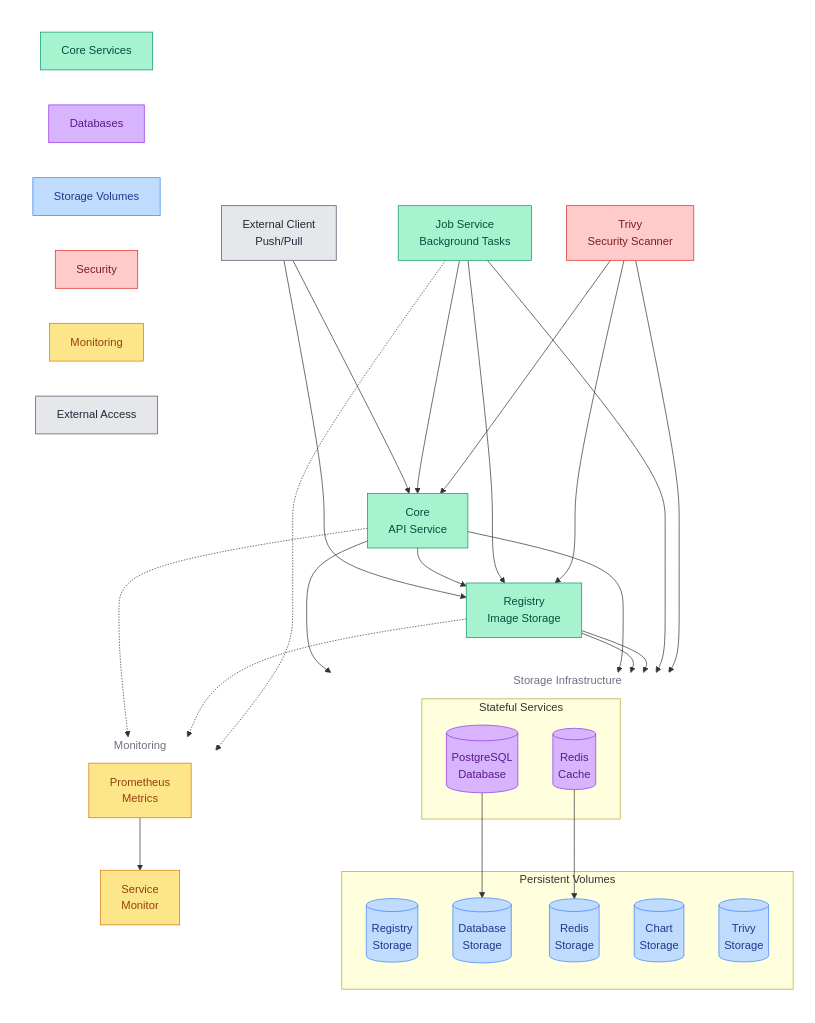
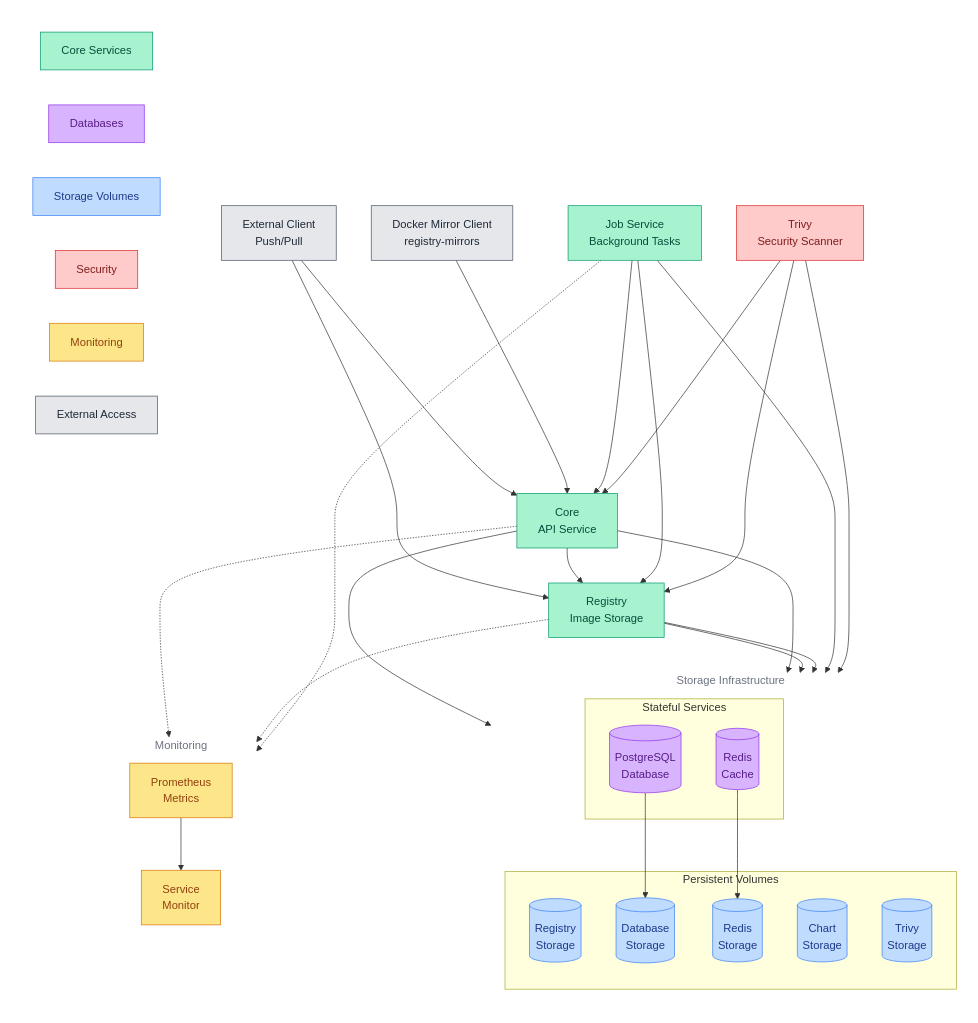
One commit to ppat/homelab-ops-kubernetes-apps changed the diagram in apps/subsystems/harbor/README.md. Above: the diagram before and after it, drawn with Mermaid. The commit also changed other lines of this file and 8 other files, not shown here.

First line of the commit message:
feat(apps-harbor): fold docker.io mirror into the module, not a component

```diff
--- a/apps/subsystems/harbor/README.md
+++ b/apps/subsystems/harbor/README.md
@@ -45,6 +46,7 @@
 
     %% External Access
     client[External Client<br/>Push/Pull]:::infra
+    dockerio_client[Docker Mirror Client<br/>registry-mirrors]:::infra
 
     %% Core Services
     registry[Registry<br/>Image Storage]:::core
@@ -83,6 +85,7 @@
     %% Relationships
     client --> core
     client --> registry
+    dockerio_client --> core
 
     %% Core Service dependencies
     core --> registry
```
